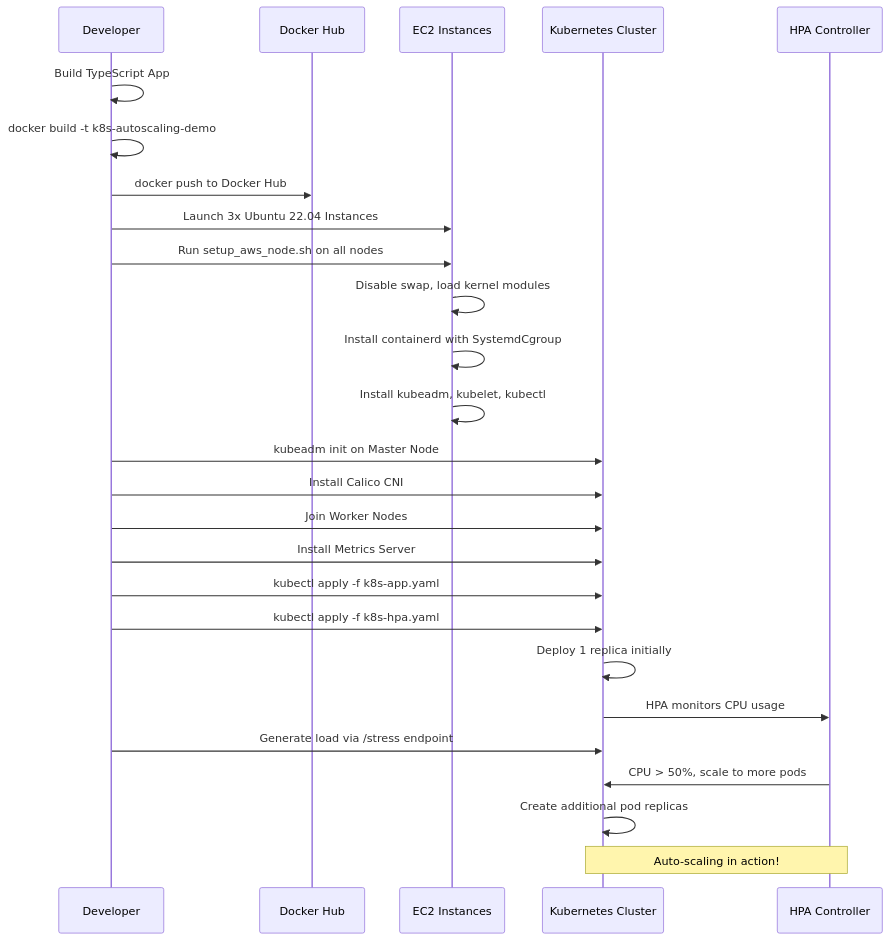
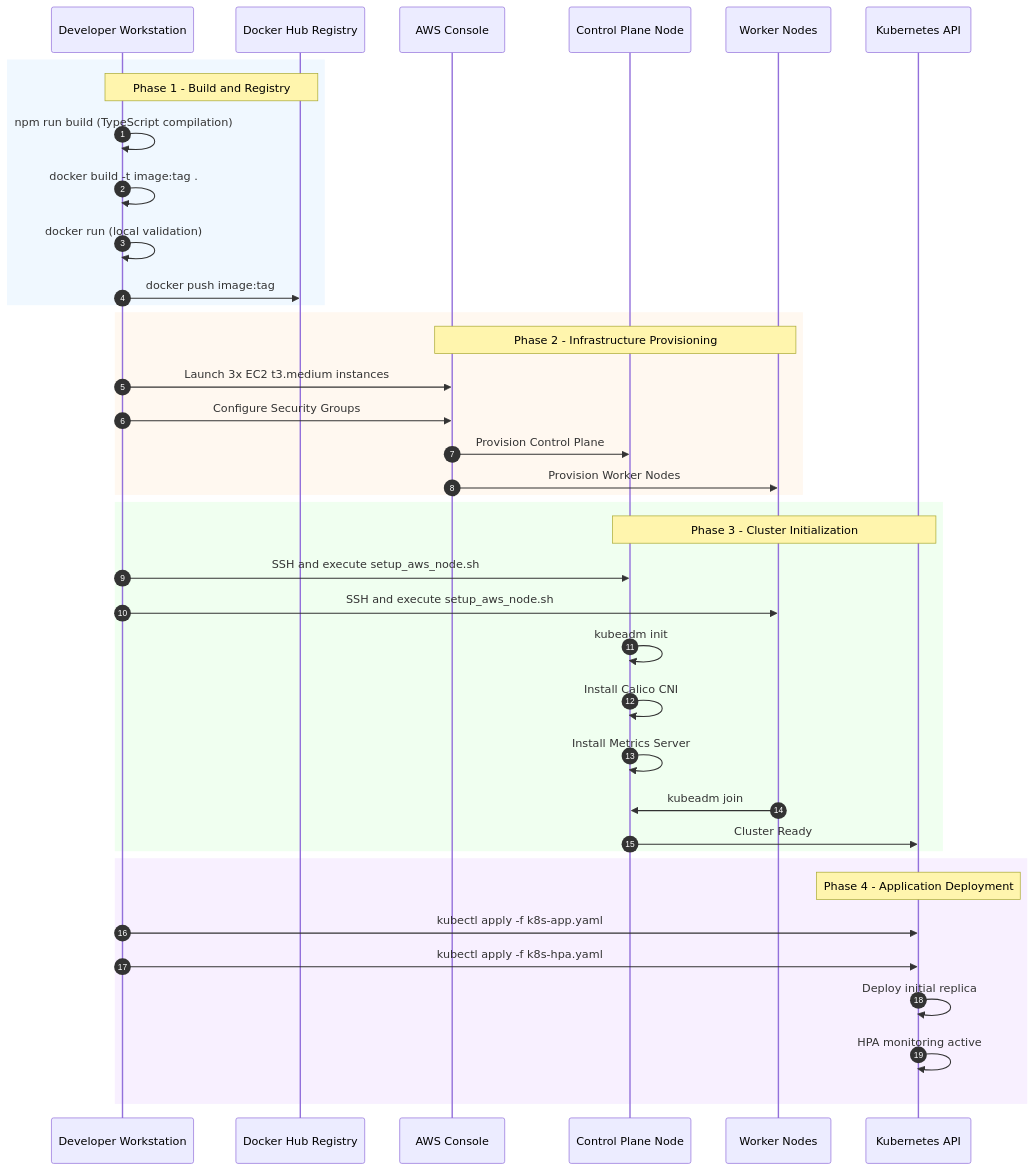
One commit to Adamo-97/k8s_autoscaling changed the second of 4 diagrams in README.md. Above: the diagram before and after it, drawn with Mermaid. The commit also changed other lines of this file, not shown here.

Commit message:
updated readme with more details and charts

````diff
--- a/README.md
+++ b/README.md
@@ -65,36 +136,45 @@
 ```mermaid
 sequenceDiagram
-    participant Dev as Developer
-    participant Docker as Docker Hub
-    participant EC2 as EC2 Instances
-    participant K8s as Kubernetes Cluster
-    participant HPA as HPA Controller
-    
-    Dev->>Dev: Build TypeScript App
-    Dev->>Dev: docker build -t k8s-autoscaling-demo
-    Dev->>Docker: docker push to Docker Hub
-    
-    Dev->>EC2: Launch 3x Ubuntu 22.04 Instances
-    Dev->>EC2: Run setup_aws_node.sh on all nodes
-    
-    EC2->>EC2: Disable swap, load kernel modules
-    EC2->>EC2: Install containerd with SystemdCgroup
-    EC2->>EC2: Install kubeadm, kubelet, kubectl
-    
-    Dev->>K8s: kubeadm init on Master Node
-    Dev->>K8s: Install Calico CNI
-    Dev->>K8s: Join Worker Nodes
-    Dev->>K8s: Install Metrics Server
-    
-    Dev->>K8s: kubectl apply -f k8s-app.yaml
-    Dev->>K8s: kubectl apply -f k8s-hpa.yaml
-    
-    K8s->>K8s: Deploy 1 replica initially
-    K8s->>HPA: HPA monitors CPU usage
-    
-    Dev->>K8s: Generate load via /stress endpoint
-    HPA->>K8s: CPU > 50%, scale to more pods
-    K8s->>K8s: Create additional pod replicas
-    
-    Note over HPA,K8s: Auto-scaling in action!
+    autonumber
+    participant Dev as Developer Workstation
+    participant Docker as Docker Hub Registry
+    participant AWS as AWS Console
+    participant Master as Control Plane Node
+    participant Worker as Worker Nodes
+    participant K8s as Kubernetes API
+
+    rect rgb(240, 248, 255)
+        Note over Dev,Docker: Phase 1 - Build and Registry
+        Dev->>Dev: npm run build (TypeScript compilation)
+        Dev->>Dev: docker build -t image:tag .
+        Dev->>Dev: docker run (local validation)
+        Dev->>Docker: docker push image:tag
+    end
+
+    rect rgb(255, 248, 240)
+        Note over AWS,Worker: Phase 2 - Infrastructure Provisioning
+        Dev->>AWS: Launch 3x EC2 t3.medium instances
+        Dev->>AWS: Configure Security Groups
+        AWS->>Master: Provision Control Plane
+        AWS->>Worker: Provision Worker Nodes
+    end
+
+    rect rgb(240, 255, 240)
+        Note over Master,K8s: Phase 3 - Cluster Initialization
+        Dev->>Master: SSH and execute setup_aws_node.sh
+        Dev->>Worker: SSH and execute setup_aws_node.sh
+        Master->>Master: kubeadm init
+        Master->>Master: Install Calico CNI
+        Master->>Master: Install Metrics Server
+        Worker->>Master: kubeadm join
+        Master->>K8s: Cluster Ready
+    end
+
+    rect rgb(248, 240, 255)
+        Note over K8s,K8s: Phase 4 - Application Deployment
+        Dev->>K8s: kubectl apply -f k8s-app.yaml
+        Dev->>K8s: kubectl apply -f k8s-hpa.yaml
+        K8s->>K8s: Deploy initial replica
+        K8s->>K8s: HPA monitoring active
+    end
 ```
````
